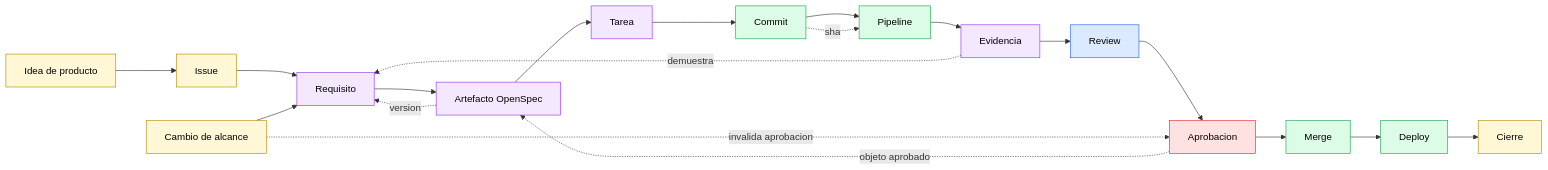
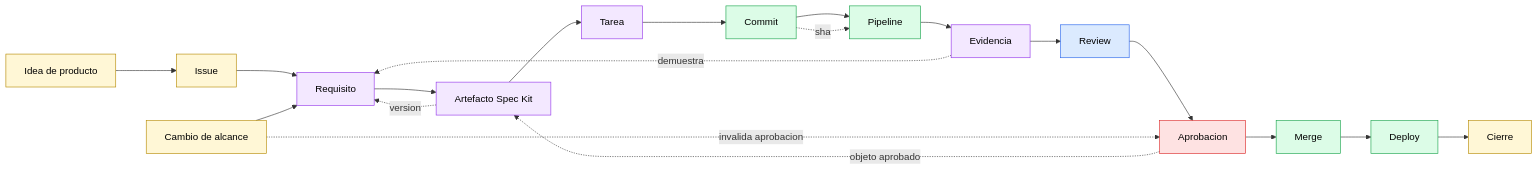
Before and after one commit to dsalazardev/ai-hub: the diagram in architecture/mermaid/24-trazabilidad-requisitos-evidencias.mmd, drawn with Mermaid. The commit also changed 1324 other files, not shown here.

Commit message:
feat(engine): motor universal con Spec Kit, presets y catalogo de desarrollo

```diff
--- a/architecture/mermaid/24-trazabilidad-requisitos-evidencias.mmd
+++ b/architecture/mermaid/24-trazabilidad-requisitos-evidencias.mmd
@@ -1,31 +1,31 @@
 flowchart LR
   IDEA["Idea de producto"] --> ISSUE["Issue"]
   ISSUE --> REQ["Requisito"]
-  REQ --> SPEC["Artefacto OpenSpec"]
+  REQ --> SPEC["Artefacto Spec Kit"]
   SPEC --> TASK["Tarea"]
   TASK --> COMMIT["Commit"]
   COMMIT --> PIPE["Pipeline"]
   PIPE --> EVID["Evidencia"]
   EVID --> REVIEW["Review"]
   REVIEW --> APPROVAL["Aprobacion"]
   APPROVAL --> MERGE["Merge"]
   MERGE --> DEPLOY["Deploy"]
   DEPLOY --> CLOSE["Cierre"]
   CHANGE["Cambio de alcance"] --> REQ
   CHANGE -.->|invalida aprobacion| APPROVAL
   SPEC -.->|version| REQ
   COMMIT -.->|sha| PIPE
   EVID -.->|demuestra| REQ
   APPROVAL -.->|objeto aprobado| SPEC
   %% La invalidacion automatica de aprobaciones por cambio de alcance
   %% es una propuesta; la regla exacta esta pendiente.
   classDef product fill:#fff7d6,stroke:#b58900,color:#000
   classDef artifact fill:#f3e8ff,stroke:#9333ea,color:#000
   classDef code fill:#dcfce7,stroke:#16a34a,color:#000
   classDef verify fill:#dbeafe,stroke:#2563eb,color:#000
   classDef gate fill:#fee2e2,stroke:#dc2626,color:#000
   class IDEA,ISSUE,CLOSE,CHANGE product
   class REQ,SPEC,TASK,EVID artifact
   class COMMIT,PIPE,MERGE,DEPLOY code
   class REVIEW,APPROVAL verify
   class APPROVAL gate
```
